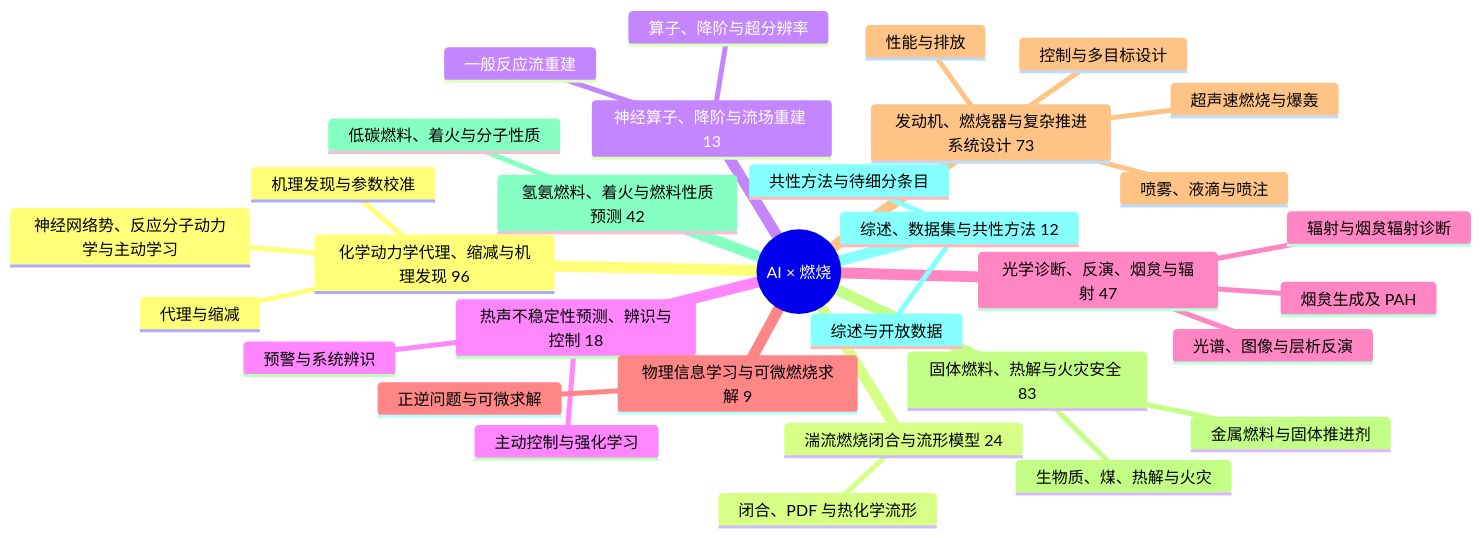
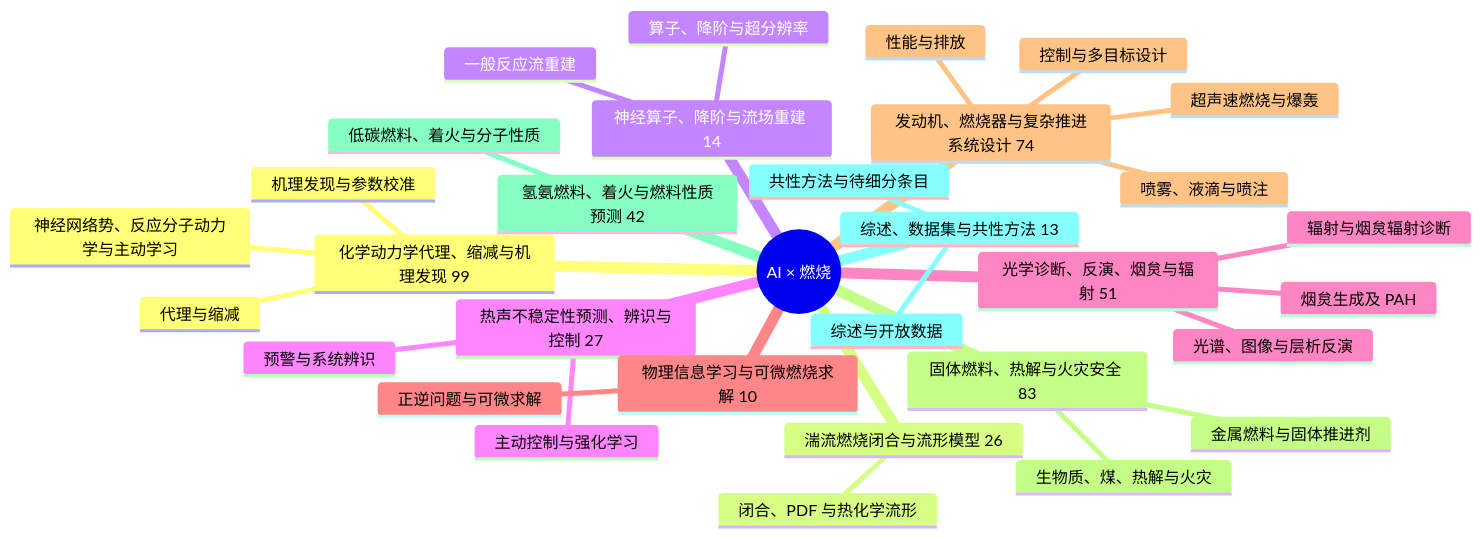
Before and after one commit to Yihong-Song/AI-combustion: the diagram in 00_literature_map/README.md, drawn with Mermaid. The commit also changed other lines of this file and 1438 other files, not shown here.

````diff
--- a/00_literature_map/README.md
+++ b/00_literature_map/README.md
@@ -5,35 +5,35 @@
 ```mermaid
 mindmap
   root((AI × 燃烧))
-    化学动力学代理、缩减与机理发现 96
+    化学动力学代理、缩减与机理发现 99
       代理与缩减
       机理发现与参数校准
       神经网络势、反应分子动力学与主动学习
-    湍流燃烧闭合与流形模型 24
+    湍流燃烧闭合与流形模型 26
       闭合、PDF 与热化学流形
-    神经算子、降阶与流场重建 13
+    神经算子、降阶与流场重建 14
       算子、降阶与超分辨率
       一般反应流重建
-    热声不稳定性预测、辨识与控制 18
+    热声不稳定性预测、辨识与控制 27
       预警与系统辨识
       主动控制与强化学习
-    光学诊断、反演、烟炱与辐射 47
+    光学诊断、反演、烟炱与辐射 51
       光谱、图像与层析反演
       辐射与烟炱辐射诊断
       烟炱生成及 PAH
-    物理信息学习与可微燃烧求解 9
+    物理信息学习与可微燃烧求解 10
       正逆问题与可微求解
-    发动机、燃烧器与复杂推进系统设计 73
+    发动机、燃烧器与复杂推进系统设计 74
       性能与排放
       控制与多目标设计
       超声速燃烧与爆轰
       喷雾、液滴与喷注
     固体燃料、热解与火灾安全 83
       生物质、煤、热解与火灾
       金属燃料与固体推进剂
     氢氨燃料、着火与燃料性质预测 42
       低碳燃料、着火与分子性质
-    综述、数据集与共性方法 12
+    综述、数据集与共性方法 13
       综述与开放数据
       共性方法与待细分条目
 ```
````
